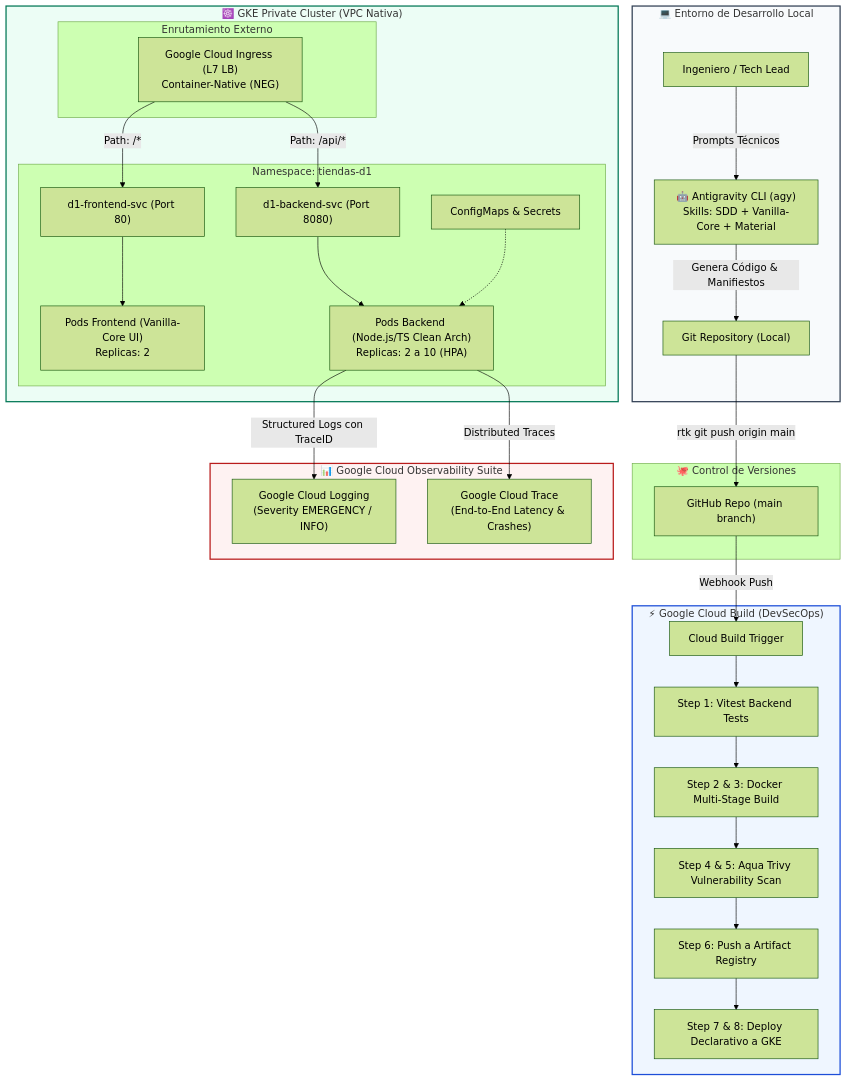
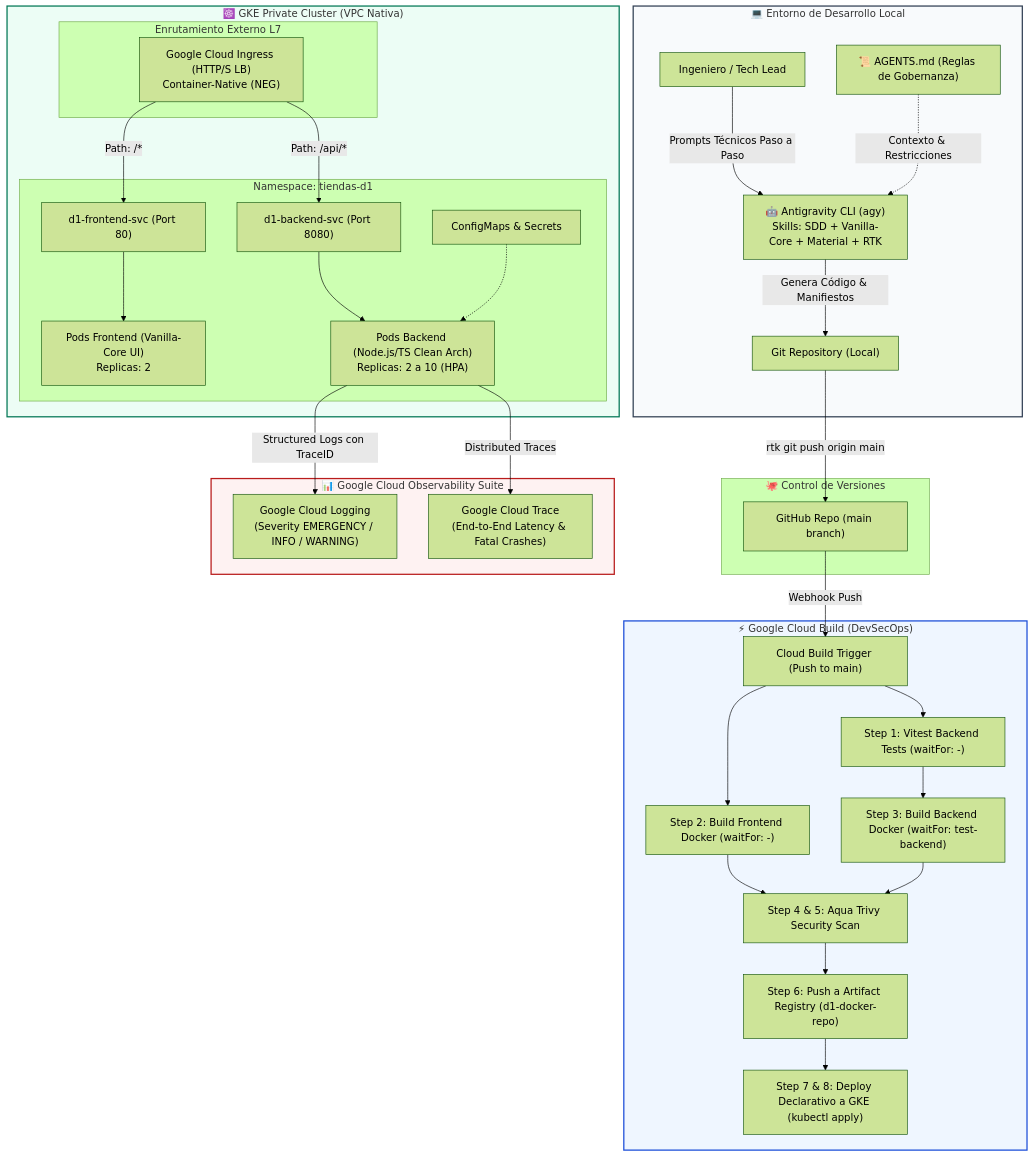
The diagram in workshop.md (develasquez/full-stack-engineer), drawn with Mermaid (forest theme) before and after one commit. The commit also changed other lines of this file and 1 other file, not shown here.

Commit message:
feat: AGENTS.md contrato de gobernanza y workshop.md con prompts detallados paso a paso

````diff
--- a/workshop.md
+++ b/workshop.md
@@ -13,65 +14,71 @@
 ```mermaid
 flowchart TD
     subgraph Local["💻 Entorno de Desarrollo Local"]
         Dev["Ingeniero / Tech Lead"]
-        AGY["🤖 Antigravity CLI (agy)<br/>Skills: SDD + Vanilla-Core + Material"]
+        AGENTS_MD["📜 AGENTS.md (Reglas de Gobernanza)"]
+        AGY["🤖 Antigravity CLI (agy)<br/>Skills: SDD + Vanilla-Core + Material + RTK"]
         GitRepo["Git Repository (Local)"]
-        Dev -->|"Prompts Técnicos"| AGY
+        
+        Dev -->|"Prompts Técnicos Paso a Paso"| AGY
+        AGENTS_MD -.->|"Contexto & Restricciones"| AGY
         AGY -->|"Genera Código & Manifiestos"| GitRepo
     end
 
     subgraph GitHub["🐙 Control de Versiones"]
         RemoteGit["GitHub Repo (main branch)"]
         GitRepo -->|"rtk git push origin main"| RemoteGit
     end
 
     subgraph GCP_CI_CD["⚡ Google Cloud Build (DevSecOps)"]
-        Trigger["Cloud Build Trigger"]
-        TestStep["Step 1: Vitest Backend Tests"]
-        BuildStep["Step 2 & 3: Docker Multi-Stage Build"]
-        TrivyStep["Step 4 & 5: Aqua Trivy Vulnerability Scan"]
-        PushStep["Step 6: Push a Artifact Registry"]
-        DeployStep["Step 7 & 8: Deploy Declarativo a GKE"]
+        Trigger["Cloud Build Trigger (Push to main)"]
+        TestStep["Step 1: Vitest Backend Tests (waitFor: -)"]
+        BuildFront["Step 2: Build Frontend Docker (waitFor: -)"]
+        BuildBack["Step 3: Build Backend Docker (waitFor: test-backend)"]
+        TrivyStep["Step 4 & 5: Aqua Trivy Security Scan"]
+        PushStep["Step 6: Push a Artifact Registry (d1-docker-repo)"]
+        DeployStep["Step 7 & 8: Deploy Declarativo a GKE (kubectl apply)"]
         
         RemoteGit -->|"Webhook Push"| Trigger
         Trigger --> TestStep
-        TestStep --> BuildStep
-        BuildStep --> TrivyStep
+        Trigger --> BuildFront
+        TestStep --> BuildBack
+        BuildFront --> TrivyStep
+        BuildBack --> TrivyStep
         TrivyStep --> PushStep
         PushStep --> DeployStep
     end
 
     subgraph GCP_Runtime["☸️ GKE Private Cluster (VPC Nativa)"]
-        subgraph IngressLayer["Enrutamiento Externo"]
-            GKE_Ingress["Google Cloud Ingress (L7 LB)<br/>Container-Native (NEG)"]
+        subgraph IngressLayer["Enrutamiento Externo L7"]
+            GKE_Ingress["Google Cloud Ingress (HTTP/S LB)<br/>Container-Native (NEG)"]
         end
         
         subgraph Namespace["Namespace: tiendas-d1"]
             FrontendSvc["d1-frontend-svc (Port 80)"]
             BackendSvc["d1-backend-svc (Port 8080)"]
             
             FrontendPods["Pods Frontend (Vanilla-Core UI)<br/>Replicas: 2"]
             BackendPods["Pods Backend (Node.js/TS Clean Arch)<br/>Replicas: 2 a 10 (HPA)"]
             
             ConfigSecrets["ConfigMaps & Secrets"]
         end
 
         GKE_Ingress -->|"Path: /*"| FrontendSvc
         GKE_Ingress -->|"Path: /api/*"| BackendSvc
         FrontendSvc --> FrontendPods
         BackendSvc --> BackendPods
         ConfigSecrets -.-> BackendPods
     end
 
     subgraph GCP_Observability["📊 Google Cloud Observability Suite"]
-        CloudLogging["Google Cloud Logging<br/>(Severity EMERGENCY / INFO)"]
-        CloudTrace["Google Cloud Trace<br/>(End-to-End Latency & Crashes)"]
+        CloudLogging["Google Cloud Logging<br/>(Severity EMERGENCY / INFO / WARNING)"]
+        CloudTrace["Google Cloud Trace<br/>(End-to-End Latency & Fatal Crashes)"]
         BackendPods -->|"Structured Logs con TraceID"| CloudLogging
         BackendPods -->|"Distributed Traces"| CloudTrace
     end
 
     style Local fill:#f8fafc,stroke:#334155,stroke-width:2px
     style GCP_CI_CD fill:#eff6ff,stroke:#1d4ed8,stroke-width:2px
     style GCP_Runtime fill:#ecfdf5,stroke:#047857,stroke-width:2px
     style GCP_Observability fill:#fef2f2,stroke:#b91c1c,stroke-width:2px
 ```
````
